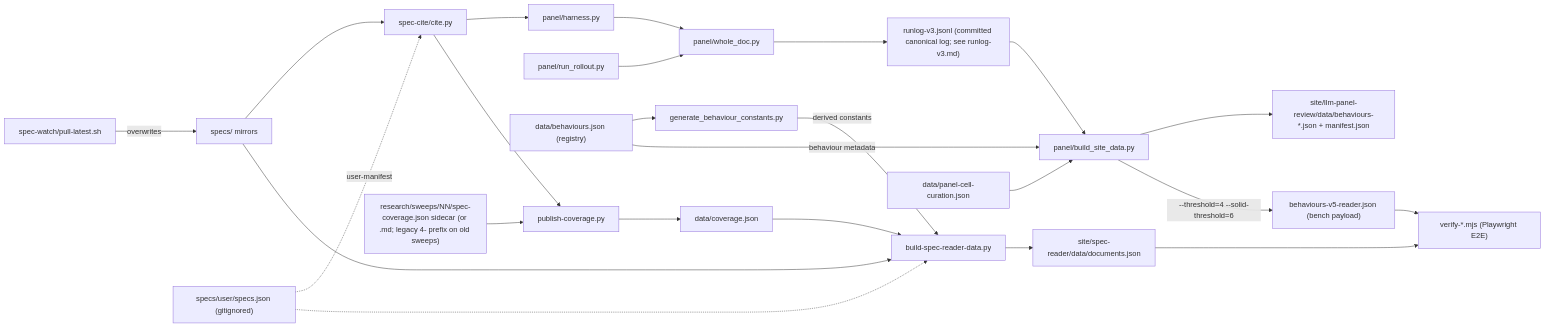
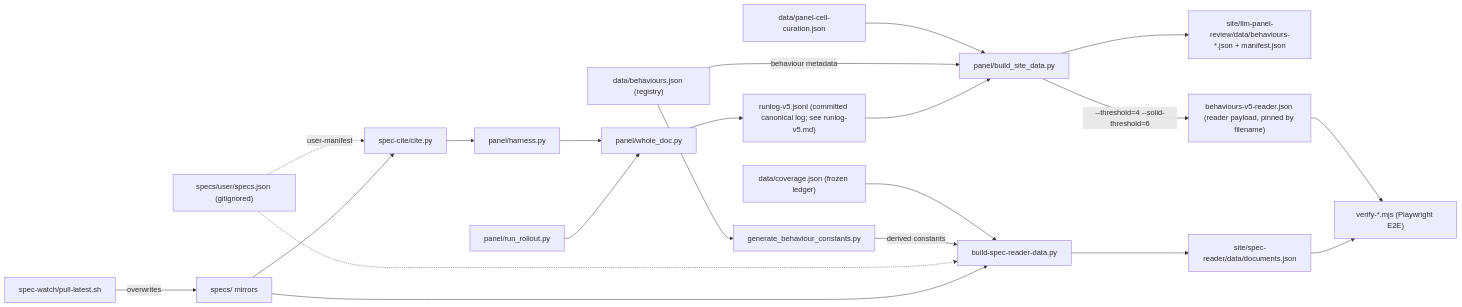
Before and after one commit to AndresCotton/ai-character-index: the diagram in engine/OVERVIEW.md, drawn with Mermaid. The commit also changed other lines of this file and 30 other files, not shown here.

````diff
--- a/engine/OVERVIEW.md
+++ b/engine/OVERVIEW.md
@@ -33,26 +32,23 @@
 ```mermaid
 graph LR
   watch["spec-watch/pull-latest.sh"] -->|overwrites| specs["specs/ mirrors"]
   specs --> cite["spec-cite/cite.py"]
   specs --> bsr["build-spec-reader-data.py"]
   um["specs/user/specs.json (gitignored)"] -.->|user-manifest| cite
   um -.-> bsr
   cite --> harness["panel/harness.py"]
   rollout["panel/run_rollout.py"] --> wholedoc["panel/whole_doc.py"]
   harness --> wholedoc
-  wholedoc --> runlog["runlog-v3.jsonl (committed canonical log; see runlog-v3.md)"]
+  wholedoc --> runlog["runlog-v5.jsonl (committed canonical log; see runlog-v5.md)"]
   runlog --> bsd["panel/build_site_data.py"]
   reg["data/behaviours.json (registry)"] --> gbc["generate_behaviour_constants.py"]
   gbc -->|derived constants| bsr
   reg -->|behaviour metadata| bsd
   bsd --> panelpayload["site/llm-panel-review/data/behaviours-*.json + manifest.json"]
-  sweep4["research/sweeps/NN/spec-coverage.json sidecar (or .md; legacy 4- prefix on old sweeps)"] --> publish["publish-coverage.py"]
-  cite --> publish
-  publish --> coverage["data/coverage.json"]
-  coverage --> bsr
+  coverage["data/coverage.json (frozen ledger)"] --> bsr
   bsr --> docpayload["site/spec-reader/data/documents.json"]
   cur["data/panel-cell-curation.json"] --> bsd
-  bsd -->|"--threshold=4 --solid-threshold=6"| benchpayload["behaviours-v5-reader.json (bench payload)"]
+  bsd -->|"--threshold=4 --solid-threshold=6"| readerpayload["behaviours-v5-reader.json (reader payload, pinned by filename)"]
   docpayload --> verify["verify-*.mjs (Playwright E2E)"]
-  benchpayload --> verify
+  readerpayload --> verify
 ```
````
